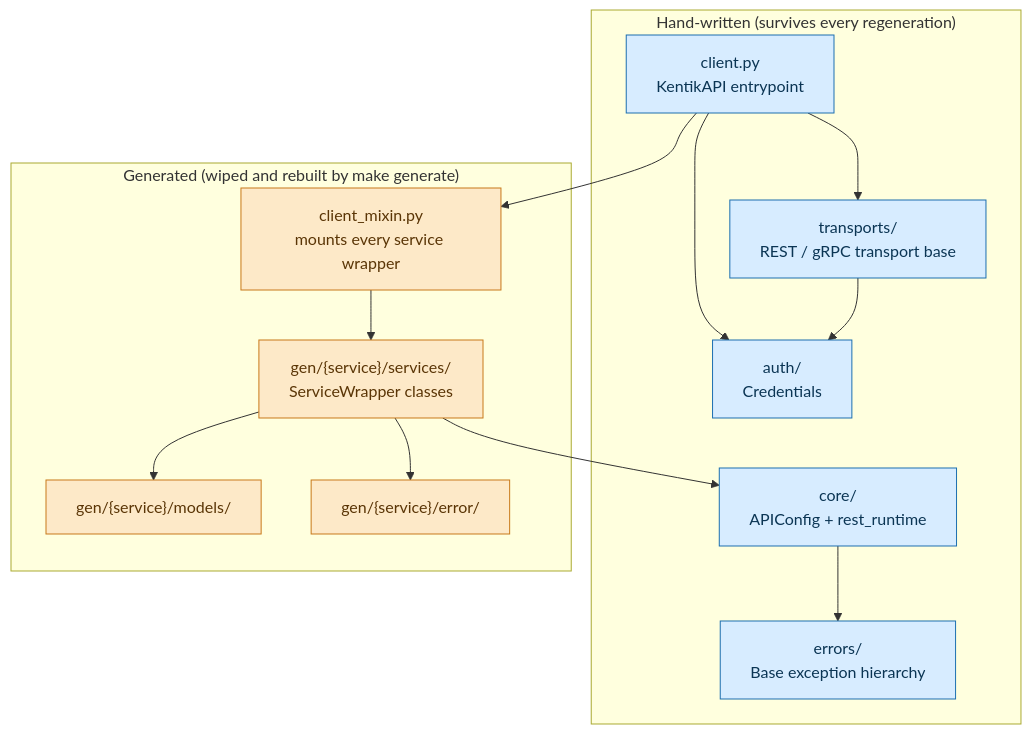
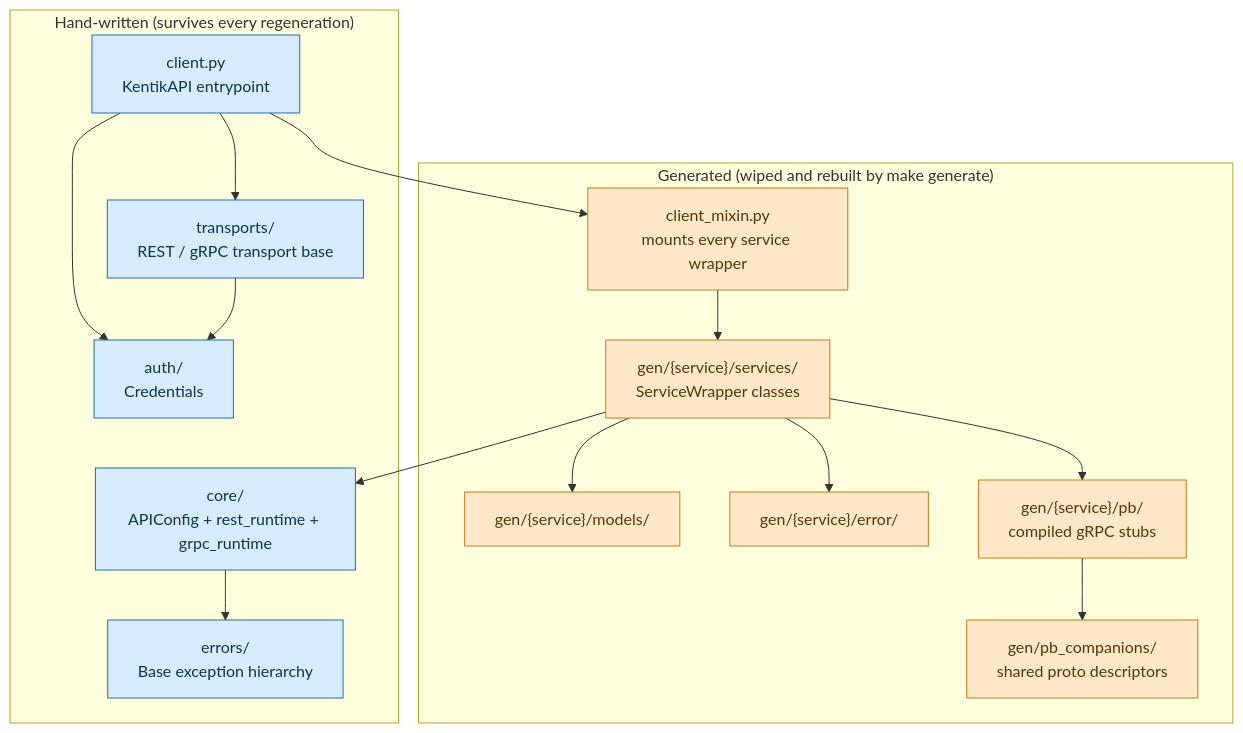
The diagram in README.md (alexdearaujo/community_sdk_python), drawn with Mermaid before and after one commit. The commit also changed other lines of this file and 22 other files, not shown here.

````diff
--- a/README.md
+++ b/README.md
@@ -19,32 +19,36 @@
 ```mermaid
 flowchart TB
     subgraph HW["Hand-written (survives every regeneration)"]
         Client["client.py<br/>KentikAPI entrypoint"]
         Auth["auth/<br/>Credentials"]
-        Core["core/<br/>APIConfig + rest_runtime"]
+        Core["core/<br/>APIConfig + rest_runtime + grpc_runtime"]
         Errors["errors/<br/>Base exception hierarchy"]
         Transports["transports/<br/>REST / gRPC transport base"]
     end
 
     subgraph GEN["Generated (wiped and rebuilt by make generate)"]
         Mixin["client_mixin.py<br/>mounts every service wrapper"]
         Wrappers["gen/{service}/services/<br/>ServiceWrapper classes"]
         Models["gen/{service}/models/"]
         GenErrors["gen/{service}/error/"]
+        Pb["gen/{service}/pb/<br/>compiled gRPC stubs"]
+        Companions["gen/pb_companions/<br/>shared proto descriptors"]
     end
 
     Client --> Mixin
     Client --> Auth
     Client --> Transports
     Mixin --> Wrappers
     Wrappers --> Models
     Wrappers --> Core
     Wrappers --> GenErrors
+    Wrappers --> Pb
+    Pb --> Companions
     Core --> Errors
     Transports --> Auth
 
     classDef handwritten fill:#d7ecff,stroke:#1c6fb0,color:#0b3554
     classDef generated fill:#fde9c8,stroke:#c8791a,color:#5a3506
     class Client,Auth,Core,Errors,Transports handwritten
-    class Mixin,Wrappers,Models,GenErrors generated
+    class Mixin,Wrappers,Models,GenErrors,Pb,Companions generated
 ```
````
